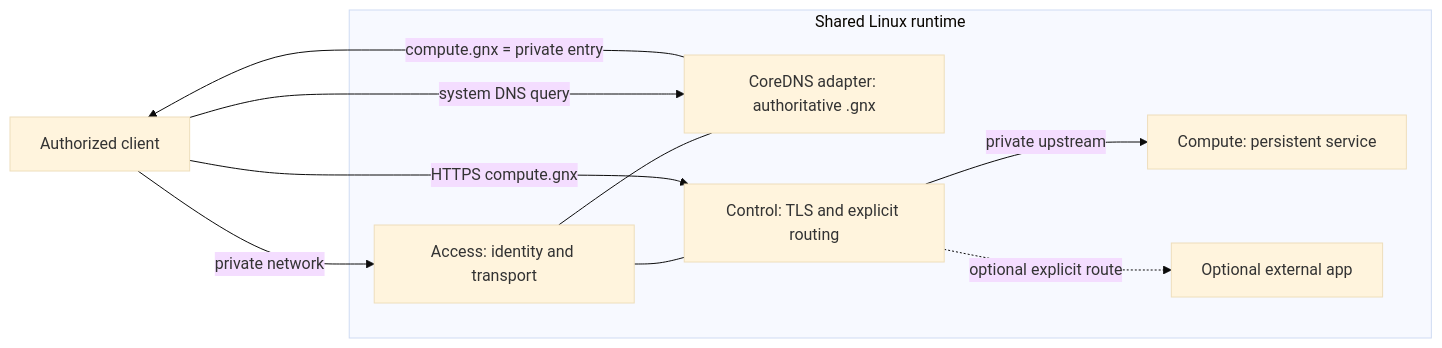
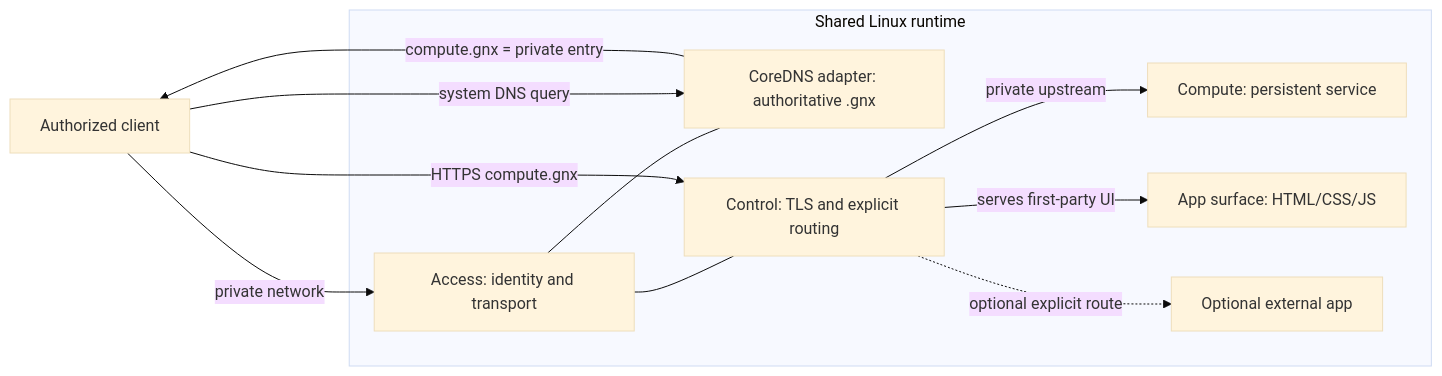
Before and after one commit to mayas-alas/quetzalcoatl: the first of 2 diagrams in docs/02-architecture.md, drawn with Mermaid (base theme). The commit also changed other lines of this file and 10 other files, not shown here.

Commit message:
docs: define Wide Linux taxonomy and app surface

````diff
--- a/docs/02-architecture.md
+++ b/docs/02-architecture.md
@@ -22,19 +22,21 @@
 ```mermaid
 flowchart LR
   Client[Authorized client]
   subgraph Runtime[Shared Linux runtime]
     Access[Access: identity and transport]
     DNS[CoreDNS adapter: authoritative .gnx]
     Control[Control: TLS and explicit routing]
     Compute[Compute: persistent service]
+    App[App surface: HTML/CSS/JS]
     External[Optional external app]
+    Control -->|serves first-party UI| App
     Access --- DNS
     Access --- Control
     Control -->|private upstream| Compute
     Control -.->|optional explicit route| External
   end
   Client -->|private network| Access
   Client -->|system DNS query| DNS
   DNS -->|compute.gnx = private entry| Client
   Client -->|HTTPS compute.gnx| Control
 ```
````
